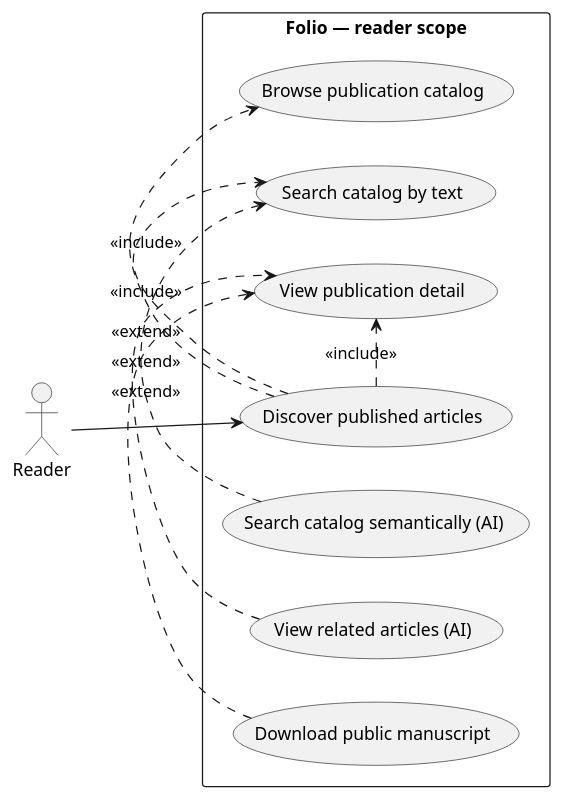
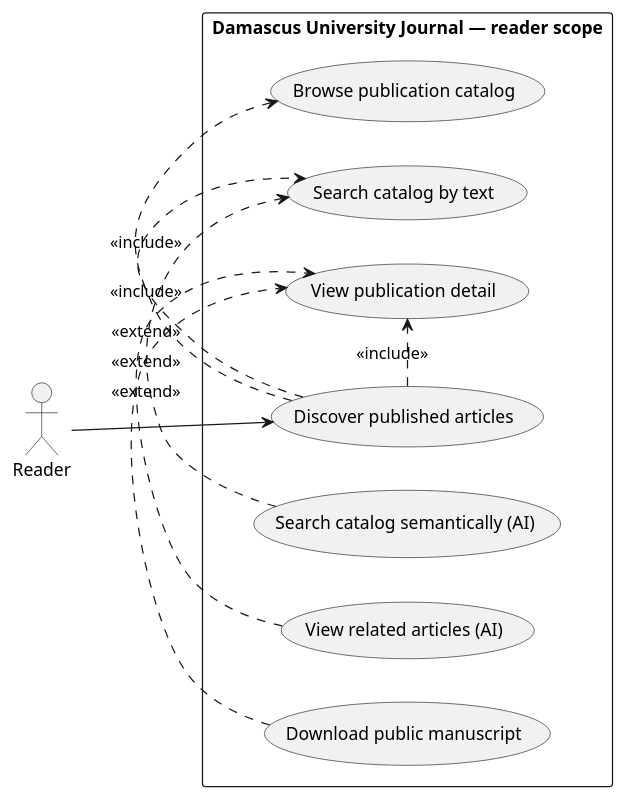
Before and after one commit to OmarNajiAlhayek/folio: the diagram in docs/diagrams/use-cases/reader.puml, drawn with PlantUML. The commit also changed 47 other files, not shown here.

```diff
--- a/docs/diagrams/use-cases/reader.puml
+++ b/docs/diagrams/use-cases/reader.puml
@@ -1,34 +1,34 @@
 @startuml folio-reader-use-cases
-' Folio — Reader essentials (public / unauthenticated; not an RBAC role)
+' Damascus University Journal — Reader essentials (public / unauthenticated; not an RBAC role)
 ' AI: semantic catalog search, related articles (docs/plans/ai-service.md)
 ' Render: https://www.plantuml.com/plantuml
 
 left to right direction
 skinparam packageStyle rectangle
 skinparam actorStyle stickman
 
 actor "Reader" as RD
 
-rectangle "Folio — reader scope" {
+rectangle "Damascus University Journal — reader scope" {
 
   usecase "Discover published articles" as UC_Discover
   usecase "Browse publication catalog" as UC_Browse
   usecase "Search catalog by text" as UC_Keyword
   usecase "View publication detail" as UC_Detail
   usecase "Download public manuscript" as UC_Download
 
   usecase "Search catalog semantically (AI)" as UC_AiSemantic
   usecase "View related articles (AI)" as UC_AiRelated
 }
 
 RD --> UC_Discover
 
 UC_Discover .> UC_Browse : <<include>>
 UC_Discover .> UC_Keyword : <<include>>
 UC_Discover .> UC_Detail : <<include>>
 UC_AiSemantic .> UC_Keyword : <<extend>>
 UC_AiRelated .> UC_Detail : <<extend>>
 UC_Download .> UC_Detail : <<extend>>
 
 
 @enduml
```
